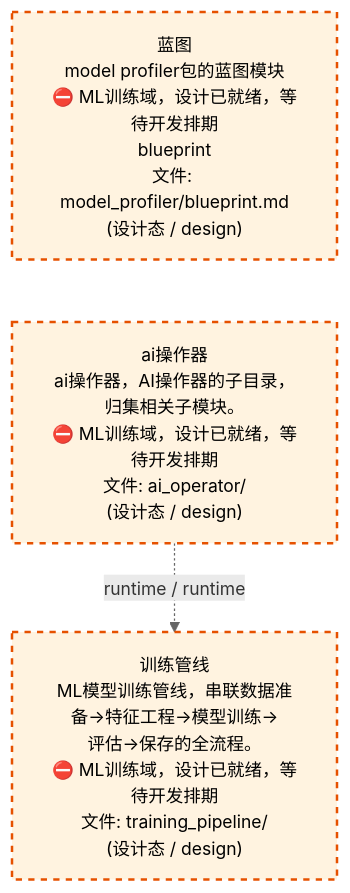
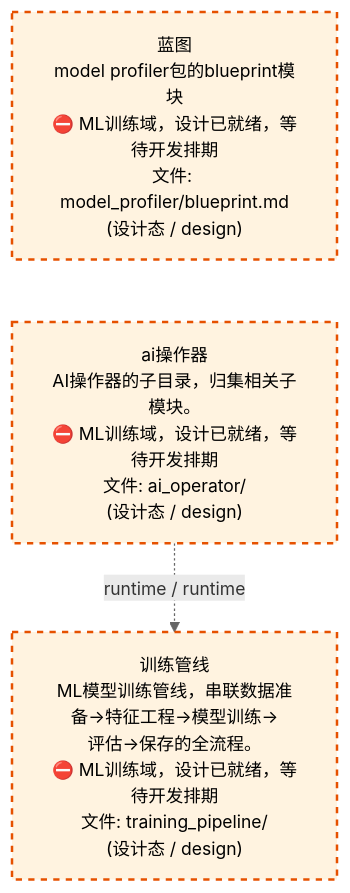
One commit to xuanFelixVan/ZephyrAlpha changed the third of 4 diagrams in docs/02_enterprise_architecture/02_domain_architecture_docs/61_d_ml_train.md. Above: the diagram before and after it, drawn with Mermaid. The commit also changed other lines of this file and 61 other files, not shown here.

````diff
--- a/docs/02_enterprise_architecture/02_domain_architecture_docs/61_d_ml_train.md
+++ b/docs/02_enterprise_architecture/02_domain_architecture_docs/61_d_ml_train.md
@@ -119,14 +119,14 @@
 ```mermaid
 %%{init: {'theme': 'base', 'themeVariables': {'primaryColor': '#eaeaea', 'primaryTextColor': '#333333', 'primaryBorderColor': '#666666', 'lineColor': '#666666', 'secondaryColor': '#eaeaea', 'tertiaryColor': '#eaeaea', 'fontSize': '14px'}}}%%
 flowchart TD
-    docs_03_modules_cross_layer_model_profiler_blueprint_md["蓝图<br/>model profiler包的蓝图模块<br/>⛔ ML训练域，设计已就绪，等待开发排期<br/>blueprint<br/>文件: model_profiler/blueprint.md<br/>(设计态 / design)"]
-    src_zephyr_ml_train_ai_operator["ai操作器<br/>ai操作器，AI操作器的子目录，归集相关子模块。<br/>⛔ ML训练域，设计已就绪，等待开发排期<br/>文件: ai_operator/<br/>(设计态 / design)"]
+    docs_03_modules_cross_layer_model_profiler_blueprint_md["蓝图<br/>model profiler包的blueprint模块<br/>⛔ ML训练域，设计已就绪，等待开发排期<br/>文件: model_profiler/blueprint.md<br/>(设计态 / design)"]
+    src_zephyr_ml_train_ai_operator["ai操作器<br/>AI操作器的子目录，归集相关子模块。<br/>⛔ ML训练域，设计已就绪，等待开发排期<br/>文件: ai_operator/<br/>(设计态 / design)"]
     docs_03_modules_cross_layer_model_profiler_blueprint_md ~~~ src_zephyr_ml_train_ai_operator
     src_zephyr_ml_train_training_pipeline["训练管线<br/>ML模型训练管线，串联数据准备→特征工程→模型训练→<br/>评估→保存的全流程。<br/>⛔ ML训练域，设计已就绪，等待开发排期<br/>文件: training_pipeline/<br/>(设计态 / design)"]
     src_zephyr_ml_train_ai_operator -.->|runtime / runtime| src_zephyr_ml_train_training_pipeline
     classDef production fill:#e1f5fe,stroke:#01579b,stroke-width:2px,color:#000
     classDef design fill:#fff3e0,stroke:#e65100,stroke-width:2px,color:#000,stroke-dasharray: 5 5
     classDef external_prod fill:#e8f4fd,stroke:#0277bd,stroke-width:1px,color:#000
     classDef external_design fill:#fff8e7,stroke:#ef6c00,stroke-width:1px,color:#000,stroke-dasharray: 5 5
     class docs_03_modules_cross_layer_model_profiler_blueprint_md,src_zephyr_ml_train_ai_operator,src_zephyr_ml_train_training_pipeline design
 ```
````
